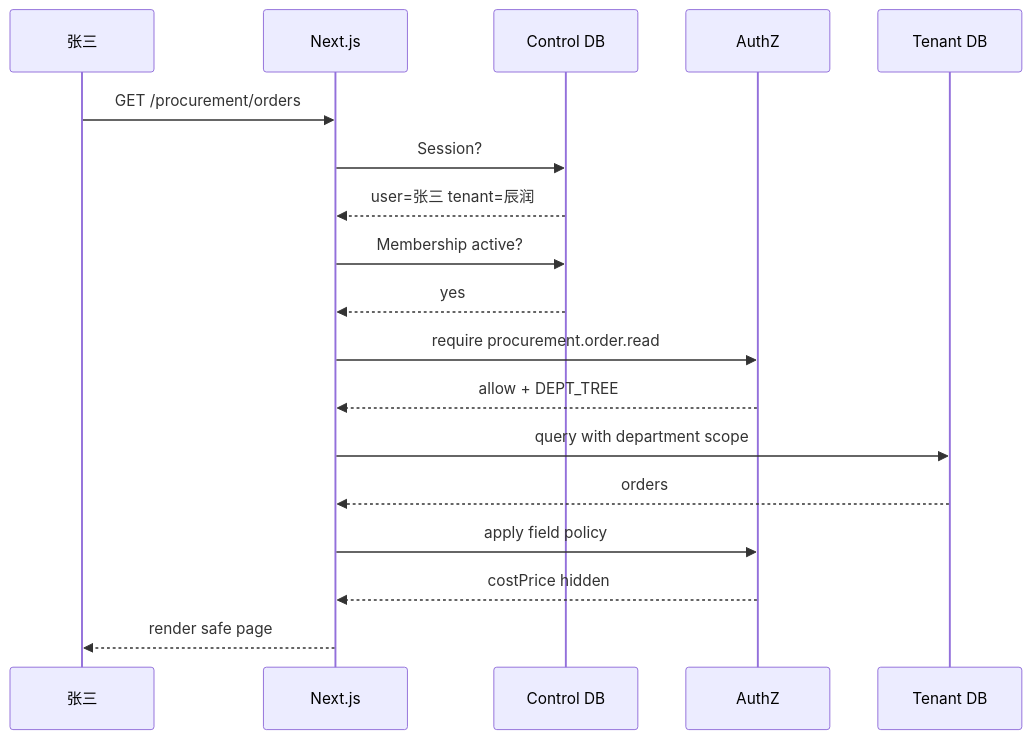
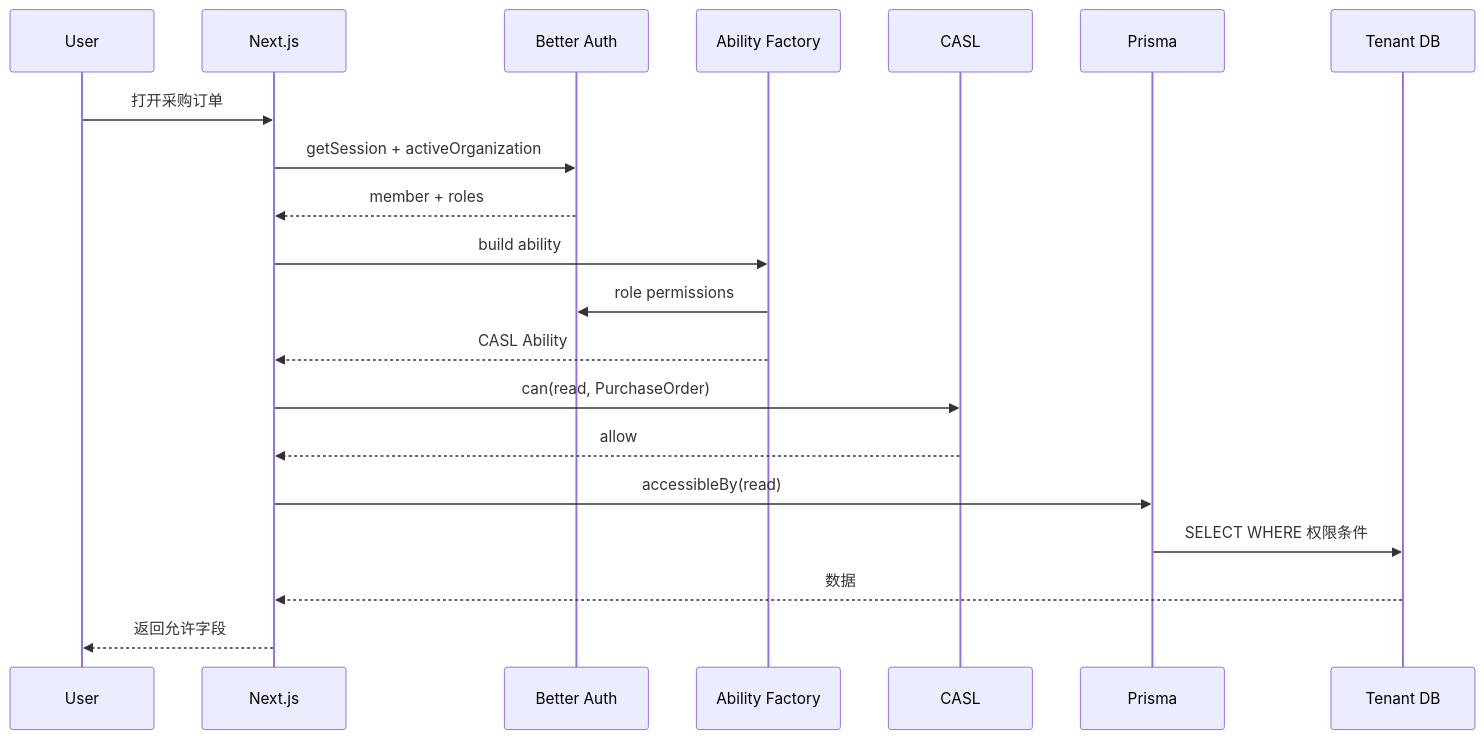
The second of 2 diagrams in docs/SaaS_Foundation_Minimal_Learning_Guide_CN_Annotated.md (leohu25/ActivityReservation), drawn with Mermaid before and after one commit. The commit also changed other lines of this file and 53 other files, not shown here.

````diff
--- a/docs/SaaS_Foundation_Minimal_Learning_Guide_CN_Annotated.md
+++ b/docs/SaaS_Foundation_Minimal_Learning_Guide_CN_Annotated.md
@@ -1578,21 +1036,23 @@
 ```mermaid
 sequenceDiagram
-    participant U as 张三
+    participant U as User
     participant N as Next.js
-    participant C as Control DB
-    participant A as AuthZ
+    participant B as Better Auth
+    participant A as Ability Factory
+    participant C as CASL
+    participant P as Prisma
     participant D as Tenant DB
 
-    U->>N: GET /procurement/orders
-    N->>C: Session?
-    C-->>N: user=张三 tenant=辰润
-    N->>C: Membership active?
-    C-->>N: yes
-    N->>A: require procurement.order.read
-    A-->>N: allow + DEPT_TREE
-    N->>D: query with department scope
-    D-->>N: orders
-    N->>A: apply field policy
-    A-->>N: costPrice hidden
-    N-->>U: render safe page
+    U->>N: 打开采购订单
+    N->>B: getSession + activeOrganization
+    B-->>N: member + roles
+    N->>A: build ability
+    A->>B: role permissions
+    A-->>N: CASL Ability
+    N->>C: can(read, PurchaseOrder)
+    C-->>N: allow
+    N->>P: accessibleBy(read)
+    P->>D: SELECT WHERE 权限条件
+    D-->>N: 数据
+    N-->>U: 返回允许字段
 ```
````
